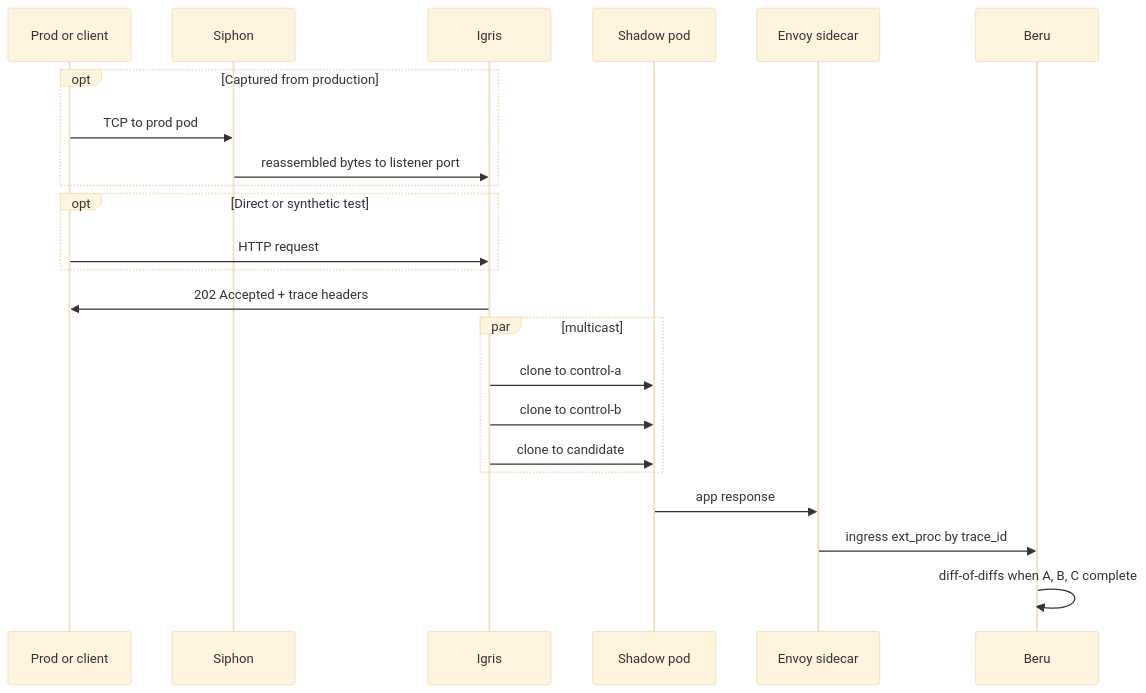
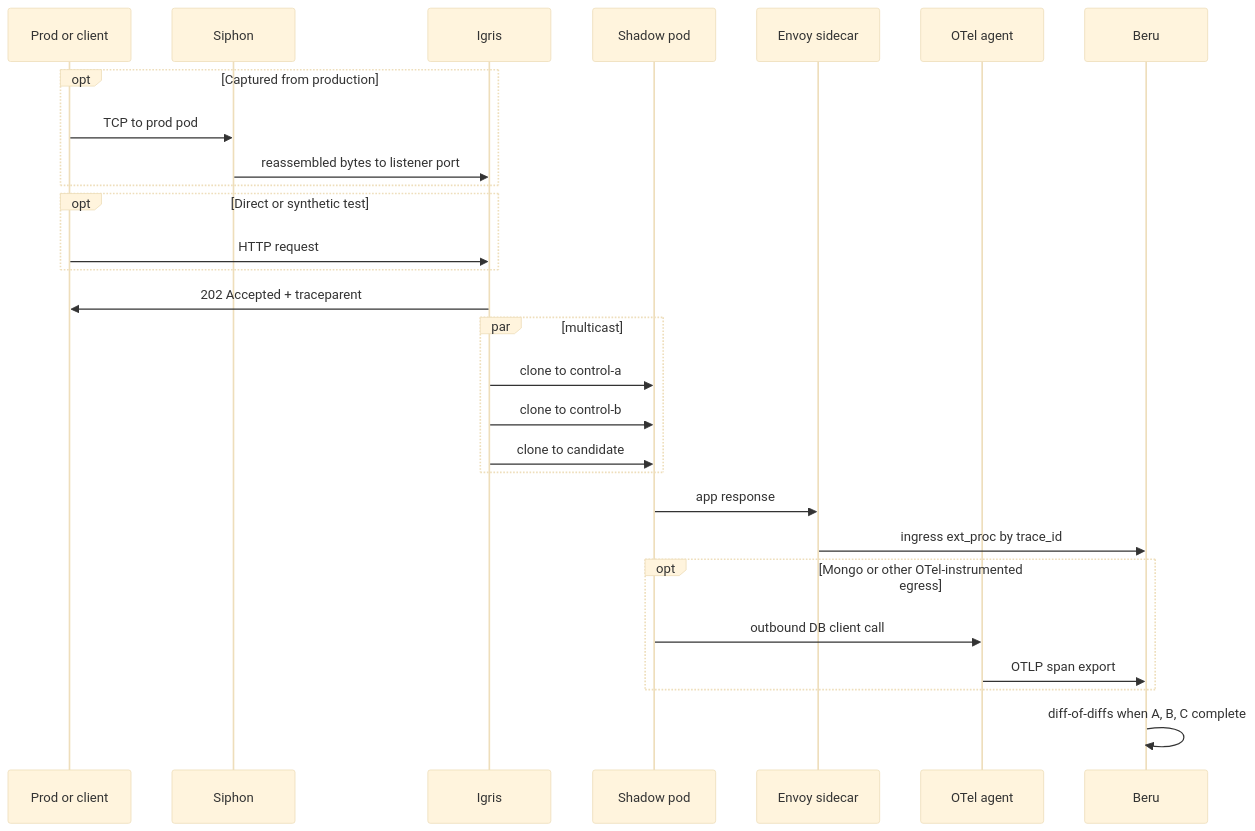
Before and after one commit to nederrgo/shadow-diff: the third of 5 diagrams in docs/architecture/ARCHITECTURE.md, drawn with Mermaid (base theme). The commit also changed other lines of this file and 57 other files, not shown here.

````diff
--- a/docs/architecture/ARCHITECTURE.md
+++ b/docs/architecture/ARCHITECTURE.md
@@ -237,26 +253,31 @@
 ```mermaid
 sequenceDiagram
   participant P as Prod or client
   participant S as Siphon
   participant I as Igris
   participant Sh as Shadow pod
   participant E as Envoy sidecar
+  participant O as OTel agent
   participant B as Beru
 
   opt Captured from production
     P->>S: TCP to prod pod
     S->>I: reassembled bytes to listener port
   end
   opt Direct or synthetic test
     P->>I: HTTP request
   end
-  I->>P: 202 Accepted + trace headers
+  I->>P: 202 Accepted + traceparent
   par multicast
     I->>Sh: clone to control-a
     I->>Sh: clone to control-b
     I->>Sh: clone to candidate
   end
   Sh->>E: app response
   E->>B: ingress ext_proc by trace_id
+  opt Mongo or other OTel-instrumented egress
+    Sh->>O: outbound DB client call
+    O->>B: OTLP span export
+  end
   B->>B: diff-of-diffs when A, B, C complete
 ```
````
